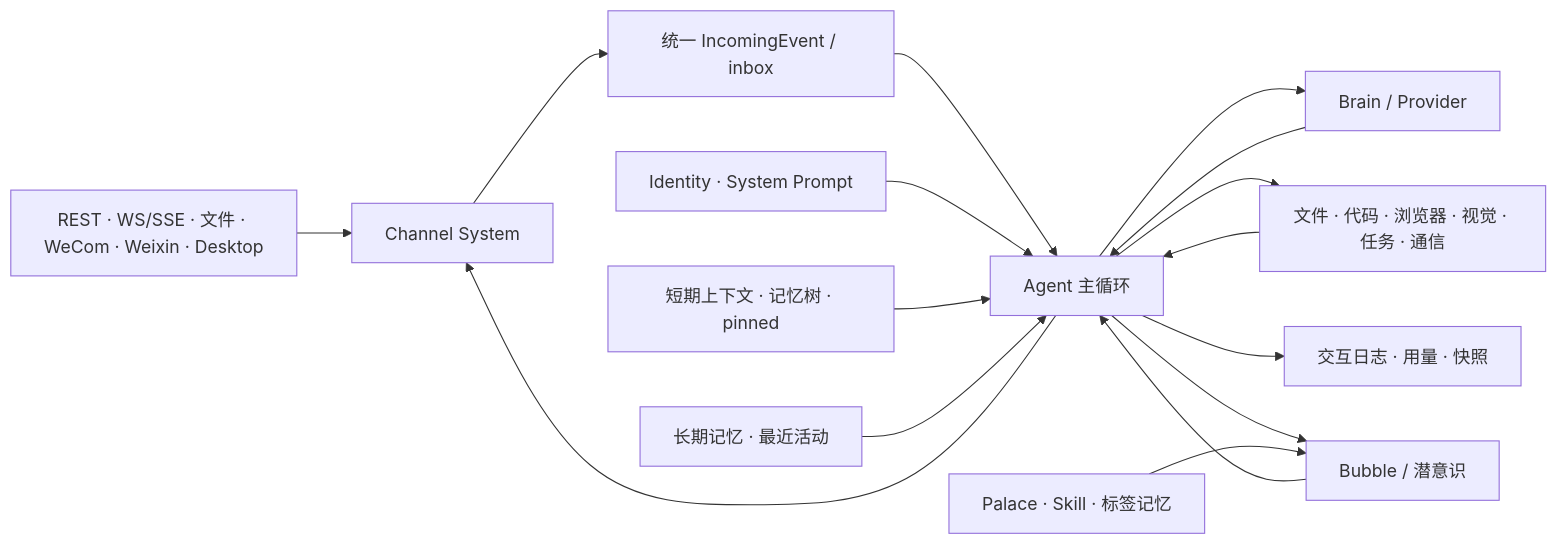
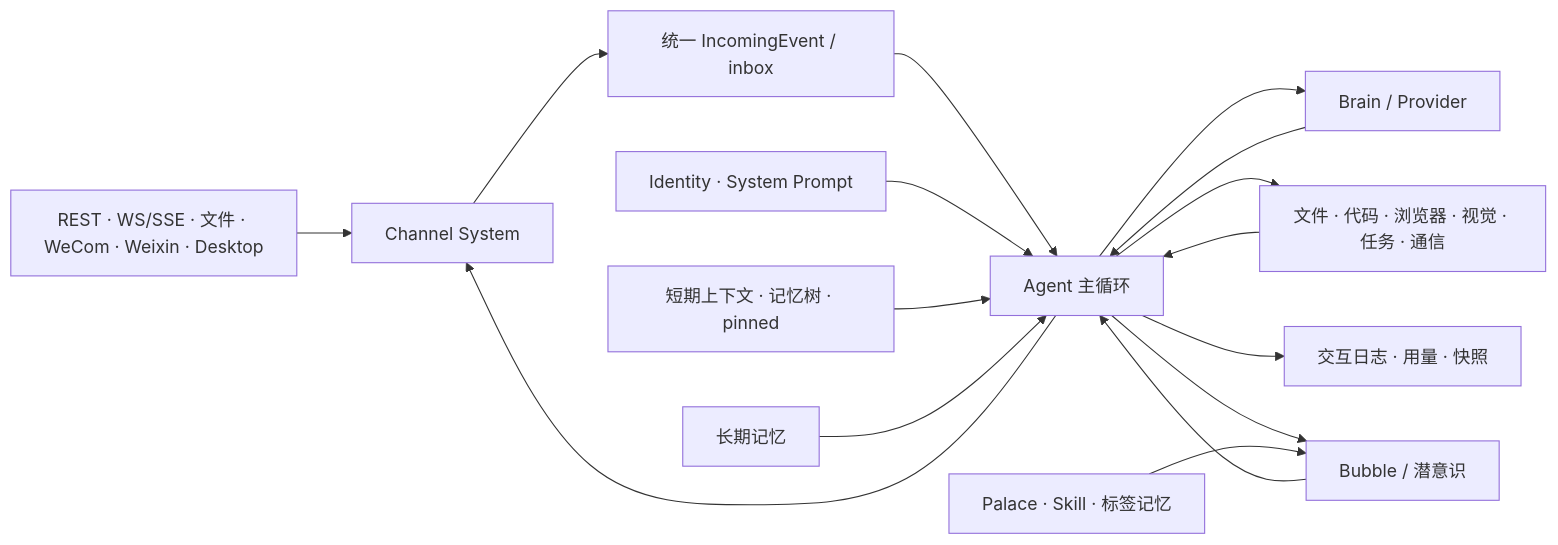
Before and after one commit to VirtualBeingsResearch/CoWorker: the first of 2 diagrams in docs/architecture/runtime-flow.md, drawn with Mermaid. The commit also changed other lines of this file and 36 other files, not shown here.

````diff
--- a/docs/architecture/runtime-flow.md
+++ b/docs/architecture/runtime-flow.md
@@ -10,18 +10,18 @@
 ```mermaid
 flowchart LR
     input["REST · WS/SSE · 文件 · WeCom · Weixin · Desktop"] --> channel["Channel System"]
     channel --> inbox["统一 IncomingEvent / inbox"]
     inbox --> loop["Agent 主循环"]
     identity["Identity · System Prompt"] --> loop
     short["短期上下文 · 记忆树 · pinned"] --> loop
-    long["长期记忆 · 最近活动"] --> loop
+    long["长期记忆"] --> loop
     loop --> brain["Brain / Provider"]
     brain --> loop
     loop --> tools["文件 · 代码 · 浏览器 · 视觉 · 任务 · 通信"]
     tools --> loop
     loop --> channel
     loop --> logs["交互日志 · 用量 · 快照"]
     loop --> bubble["Bubble / 潜意识"]
     palace["Palace · Skill · 标签记忆"] --> bubble
     bubble --> loop
 ```
````
